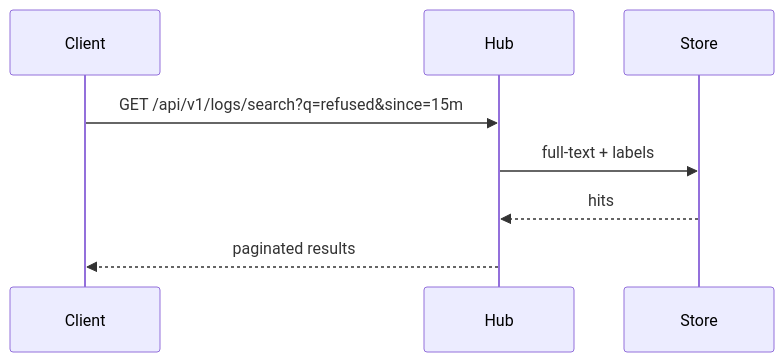
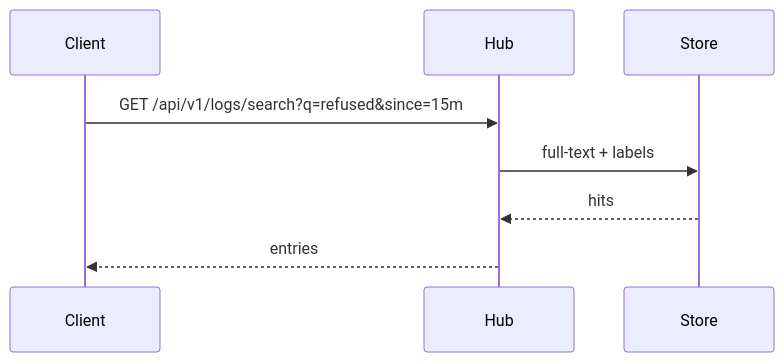
Before and after one commit to HarryRaddatz/argus-observability: the third of 3 diagrams in docs/flows/log-streaming.md, drawn with Mermaid. The commit also changed other lines of this file and 9 other files, not shown here.

````diff
--- a/docs/flows/log-streaming.md
+++ b/docs/flows/log-streaming.md
@@ -73,11 +55,11 @@
 ```mermaid
 sequenceDiagram
   participant Client
   participant Hub
   participant Store
 
   Client->>Hub: GET /api/v1/logs/search?q=refused&since=15m
   Hub->>Store: full-text + labels
   Store-->>Hub: hits
-  Hub-->>Client: paginated results
+  Hub-->>Client: entries
 ```
````
